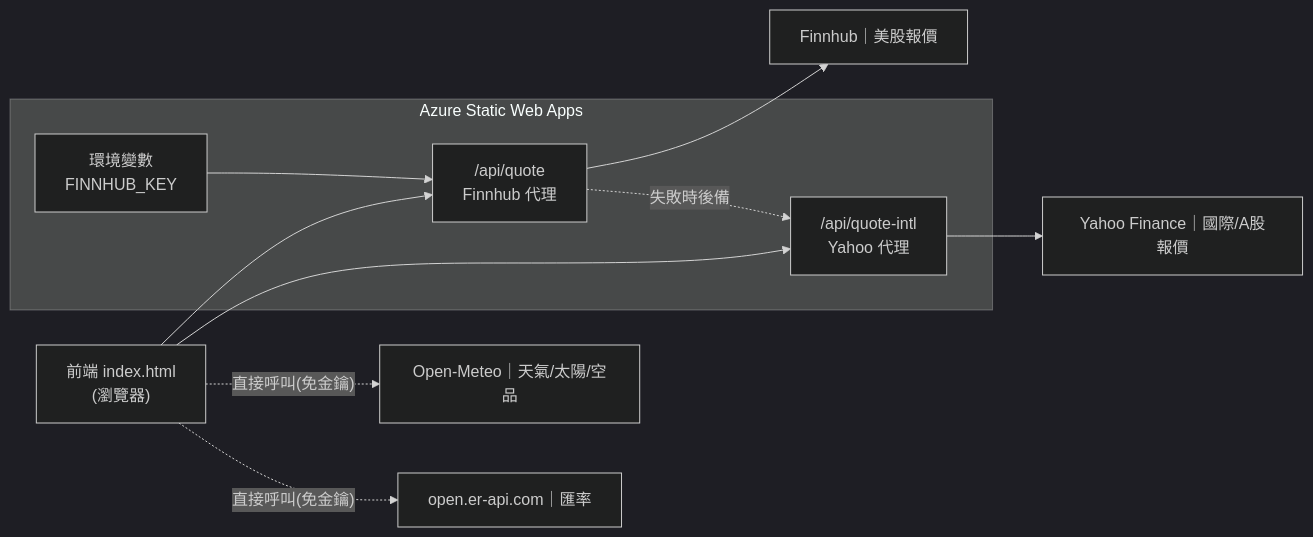
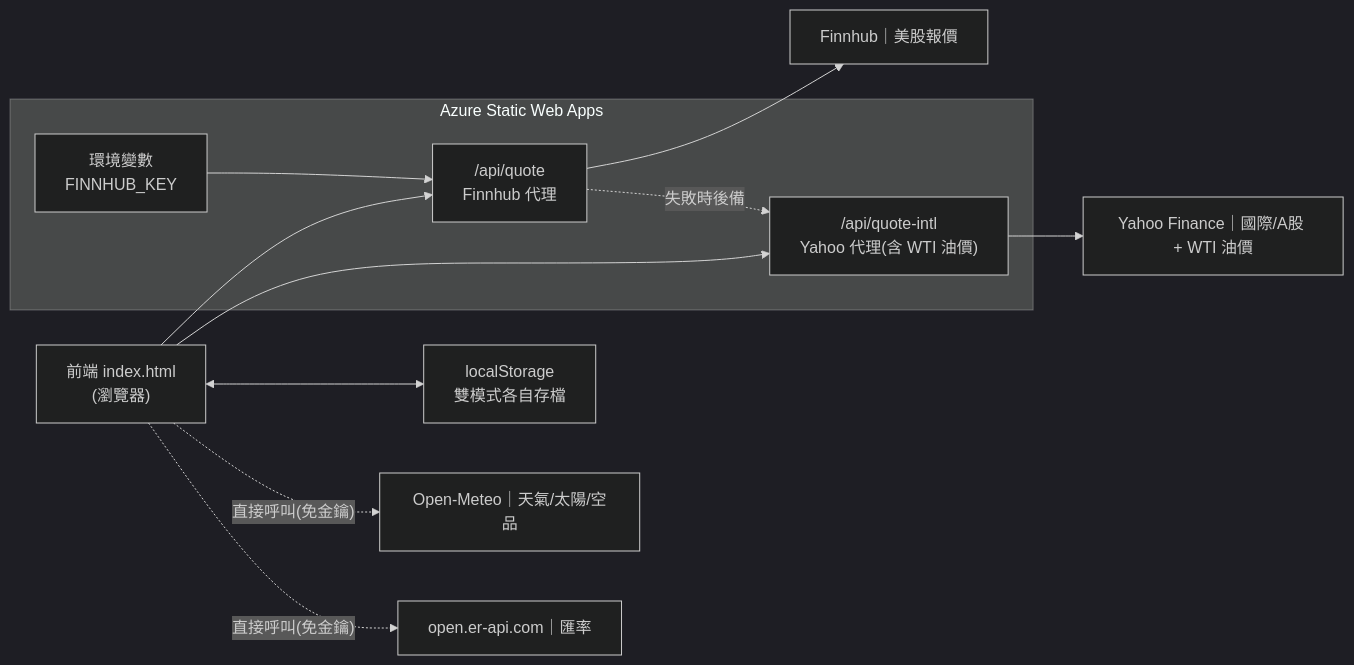
The diagram in README.md (watertea-lab/energy-empire), drawn with Mermaid (dark theme) before and after one commit. The commit also changed other lines of this file, not shown here.

````diff
--- a/README.md
+++ b/README.md
@@ -55,22 +136,24 @@
 ```mermaid
 flowchart LR
     U["前端 index.html<br/>(瀏覽器)"]
+    LS["localStorage<br/>雙模式各自存檔"]
     subgraph SWA["Azure Static Web Apps"]
         F1["/api/quote<br/>Finnhub 代理"]
-        F2["/api/quote-intl<br/>Yahoo 代理"]
+        F2["/api/quote-intl<br/>Yahoo 代理(含 WTI 油價)"]
         KEY["環境變數<br/>FINNHUB_KEY"]
     end
     FH["Finnhub｜美股報價"]
-    YH["Yahoo Finance｜國際/A股報價"]
+    YH["Yahoo Finance｜國際/A股 + WTI 油價"]
     OM["Open-Meteo｜天氣/太陽/空品"]
     FX["open.er-api.com｜匯率"]
 
+    U <--> LS
     U --> F1
     U --> F2
     U -. "直接呼叫(免金鑰)" .-> OM
     U -. "直接呼叫(免金鑰)" .-> FX
     KEY --> F1
     F1 --> FH
     F2 --> YH
     F1 -. "失敗時後備" .-> F2
 ```
````
